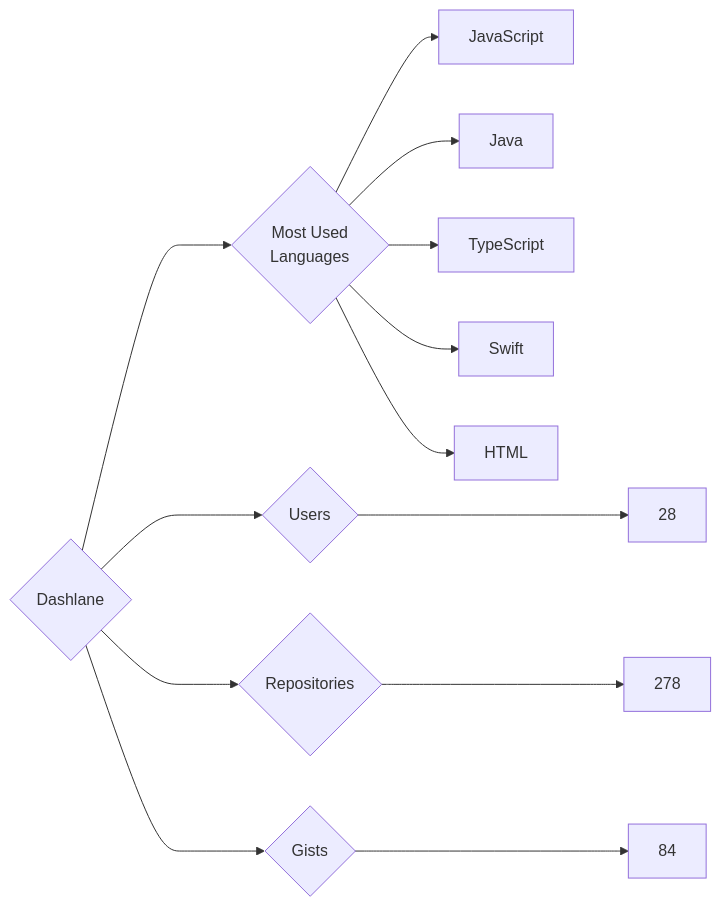
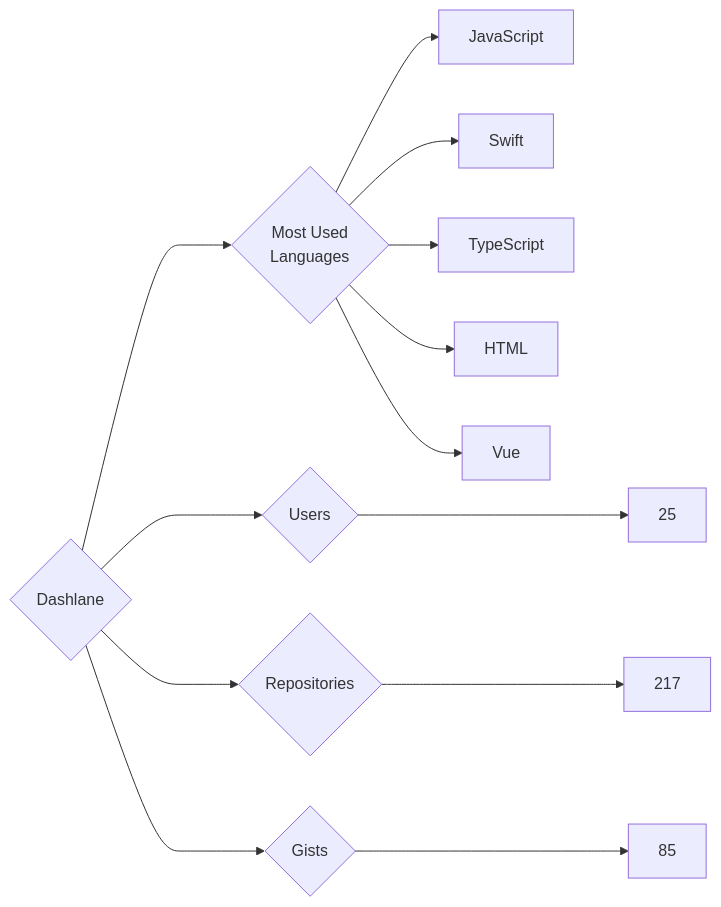
The diagram in targets/Dashlane/README.md (trickest/insiders), drawn with Mermaid before and after one commit. The commit also changed 826 other files, not shown here.

````diff
--- a/targets/Dashlane/README.md
+++ b/targets/Dashlane/README.md
@@ -3,13 +3,13 @@
 ```mermaid
 graph LR
 COMPANY_NAME{Dashlane}
-COMPANY_NAME ---> U{Users} ---> UN[28]
-COMPANY_NAME ---> R{Repositories} ---> RN[278]
-COMPANY_NAME ---> G{Gists} ---> GN[84]
+COMPANY_NAME ---> U{Users} ---> UN[25]
+COMPANY_NAME ---> R{Repositories} ---> RN[217]
+COMPANY_NAME ---> G{Gists} ---> GN[85]
 COMPANY_NAME ---> ML{Most Used<br>Languages}
 ML --> JavaScript[JavaScript]
-ML --> Java[Java]
+ML --> Swift[Swift]
 ML --> TypeScript[TypeScript]
-ML --> Swift[Swift]
 ML --> HTML[HTML]
+ML --> Vue[Vue]
 ```
````
